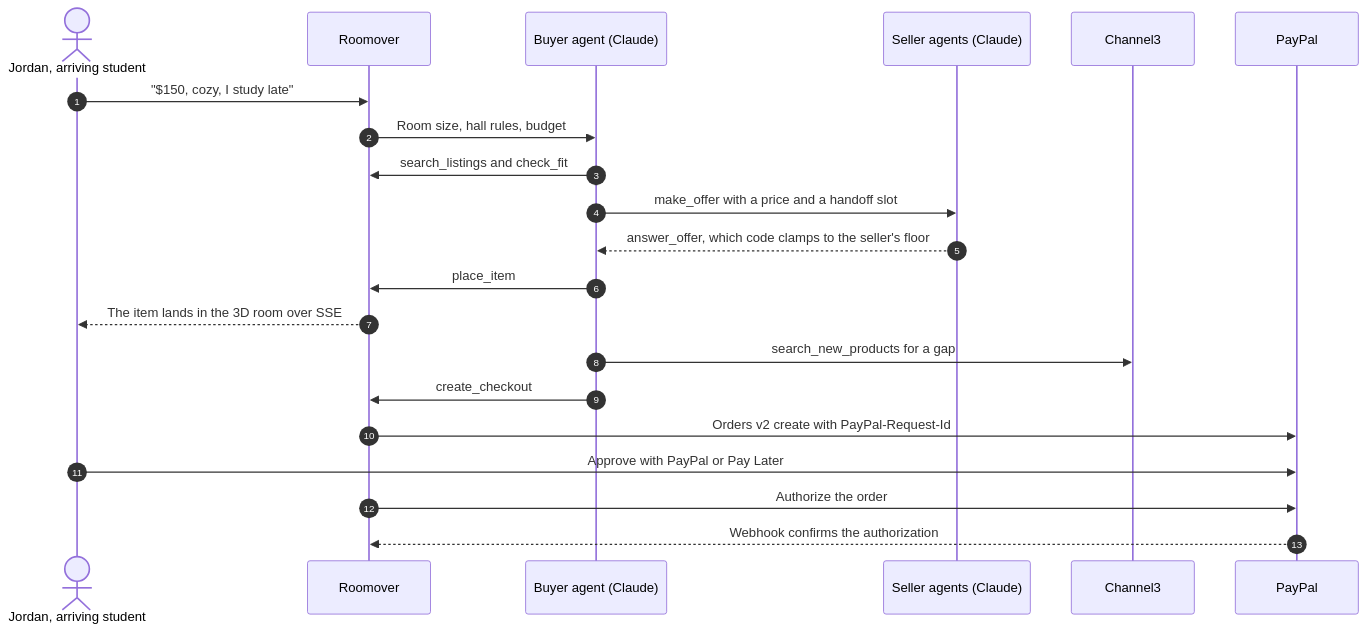
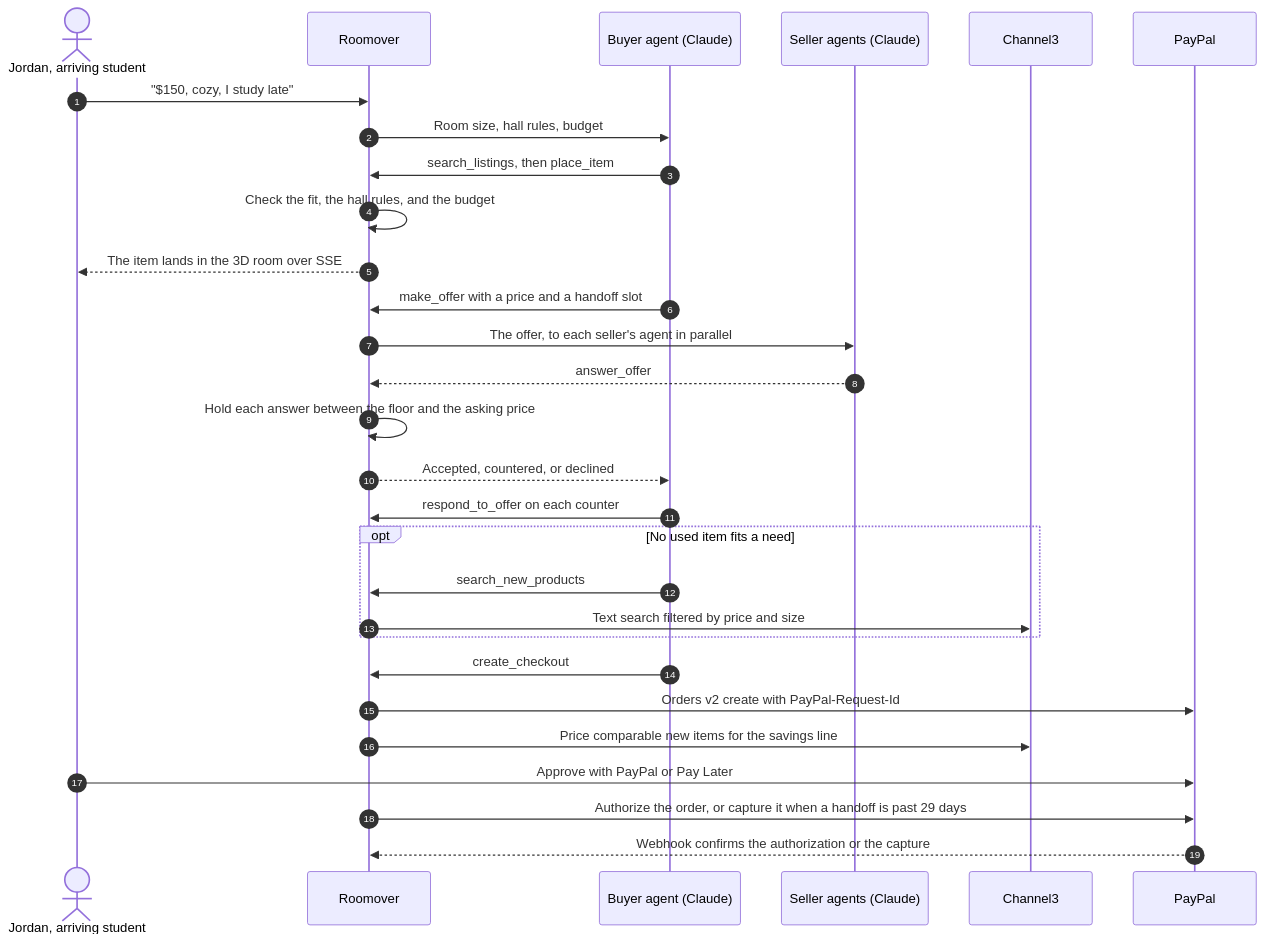
Before and after one commit to starJin2003/roomover: the third of 6 diagrams in README.md, drawn with Mermaid. The commit also changed other lines of this file and 2 other files, not shown here.

Commit message:
Tighten the README and redraw the stack diagram from the code

````diff
--- a/README.md
+++ b/README.md
@@ -90,23 +91,31 @@
 ```mermaid
 sequenceDiagram
     autonumber
     actor J as Jordan, arriving student
     participant R as Roomover
     participant B as Buyer agent (Claude)
     participant S as Seller agents (Claude)
     participant C3 as Channel3
     participant P as PayPal
     J->>R: "$150, cozy, I study late"
     R->>B: Room size, hall rules, budget
-    B->>R: search_listings and check_fit
-    B->>S: make_offer with a price and a handoff slot
-    S-->>B: answer_offer, which code clamps to the seller's floor
-    B->>R: place_item
+    B->>R: search_listings, then place_item
+    R->>R: Check the fit, the hall rules, and the budget
     R-->>J: The item lands in the 3D room over SSE
-    B->>C3: search_new_products for a gap
+    B->>R: make_offer with a price and a handoff slot
+    R->>S: The offer, to each seller's agent in parallel
+    S-->>R: answer_offer
+    R->>R: Hold each answer between the floor and the asking price
+    R-->>B: Accepted, countered, or declined
+    B->>R: respond_to_offer on each counter
+    opt No used item fits a need
+        B->>R: search_new_products
+        R->>C3: Text search filtered by price and size
+    end
     B->>R: create_checkout
     R->>P: Orders v2 create with PayPal-Request-Id
+    R->>C3: Price comparable new items for the savings line
     J->>P: Approve with PayPal or Pay Later
-    R->>P: Authorize the order
-    P-->>R: Webhook confirms the authorization
+    R->>P: Authorize the order, or capture it when a handoff is past 29 days
+    P-->>R: Webhook confirms the authorization or the capture
 ```
````
